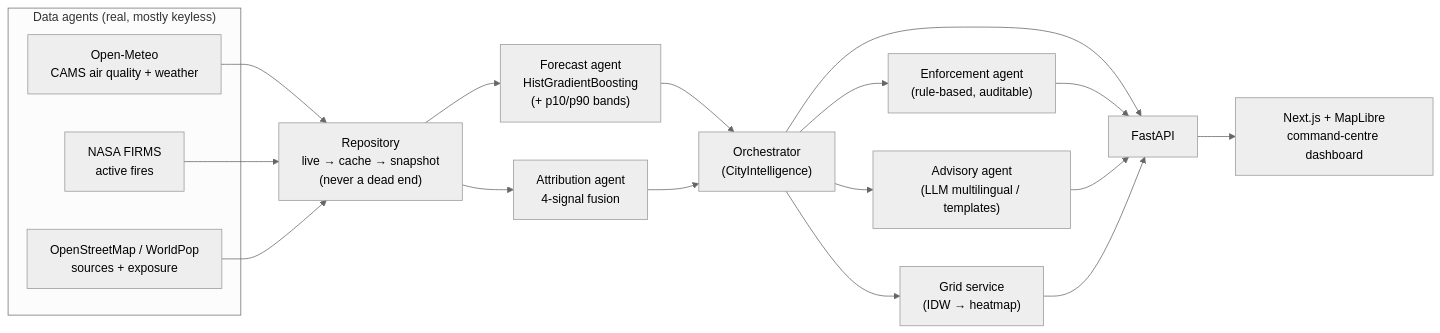
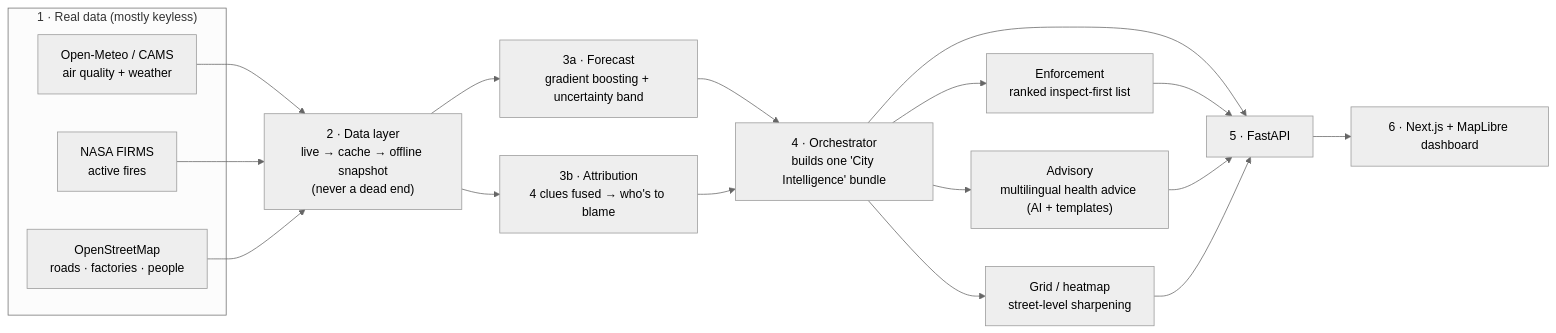
One commit to roybishal362/VayuNetra-Urban-Air-Quality-Intelligence changed the diagram in docs/ARCHITECTURE.md. Above: the diagram before and after it, drawn with Mermaid (neutral theme). The commit also changed other lines of this file and 11 other files, not shown here.

First line of the commit message:
docs: rewrite README + architecture in plain English; clean repo for submission

````diff
--- a/docs/ARCHITECTURE.md
+++ b/docs/ARCHITECTURE.md
@@ -12,29 +11,29 @@
 ```mermaid
 flowchart LR
-  subgraph DATA["Data agents (real, mostly keyless)"]
-    OM["Open-Meteo<br/>CAMS air quality + weather"]
+  subgraph DATA["1 · Real data (mostly keyless)"]
+    OM["Open-Meteo / CAMS<br/>air quality + weather"]
     FR["NASA FIRMS<br/>active fires"]
-    OSM["OpenStreetMap / WorldPop<br/>sources + exposure"]
+    OSM["OpenStreetMap<br/>roads · factories · people"]
   end
 
   OM --> REPO
   FR --> REPO
   OSM --> REPO
 
-  REPO["Repository<br/>live → cache → snapshot<br/>(never a dead end)"]
+  REPO["2 · Data layer<br/>live → cache → offline snapshot<br/>(never a dead end)"]
 
-  REPO --> FC["Forecast agent<br/>HistGradientBoosting<br/>(+ p10/p90 bands)"]
-  REPO --> AT["Attribution agent<br/>4-signal fusion"]
+  REPO --> FC["3a · Forecast<br/>gradient boosting + uncertainty band"]
+  REPO --> AT["3b · Attribution<br/>4 clues fused → who's to blame"]
 
-  FC --> ORCH["Orchestrator<br/>(CityIntelligence)"]
+  FC --> ORCH["4 · Orchestrator<br/>builds one 'City Intelligence' bundle"]
   AT --> ORCH
-  ORCH --> ENF["Enforcement agent<br/>(rule-based, auditable)"]
-  ORCH --> ADV["Advisory agent<br/>(LLM multilingual / templates)"]
-  ORCH --> GRID["Grid service<br/>(IDW → heatmap)"]
+  ORCH --> ENF["Enforcement<br/>ranked inspect-first list"]
+  ORCH --> ADV["Advisory<br/>multilingual health advice (AI + templates)"]
+  ORCH --> GRID["Grid / heatmap<br/>street-level sharpening"]
 
-  ORCH --> API["FastAPI"]
+  ORCH --> API["5 · FastAPI"]
   ENF --> API
   ADV --> API
   GRID --> API
-  API --> UI["Next.js + MapLibre<br/>command-centre dashboard"]
+  API --> UI["6 · Next.js + MapLibre dashboard"]
 ```
````
